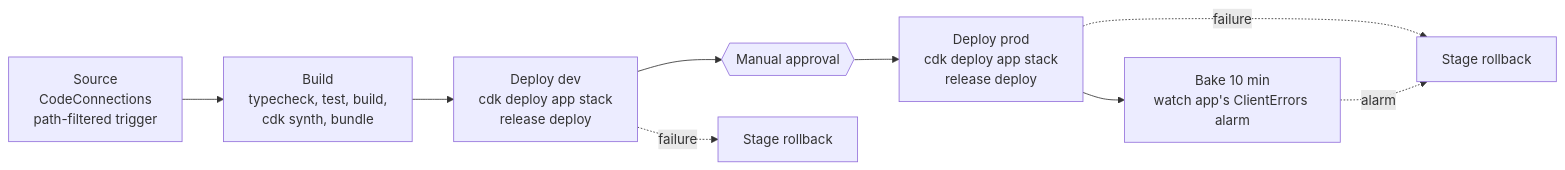
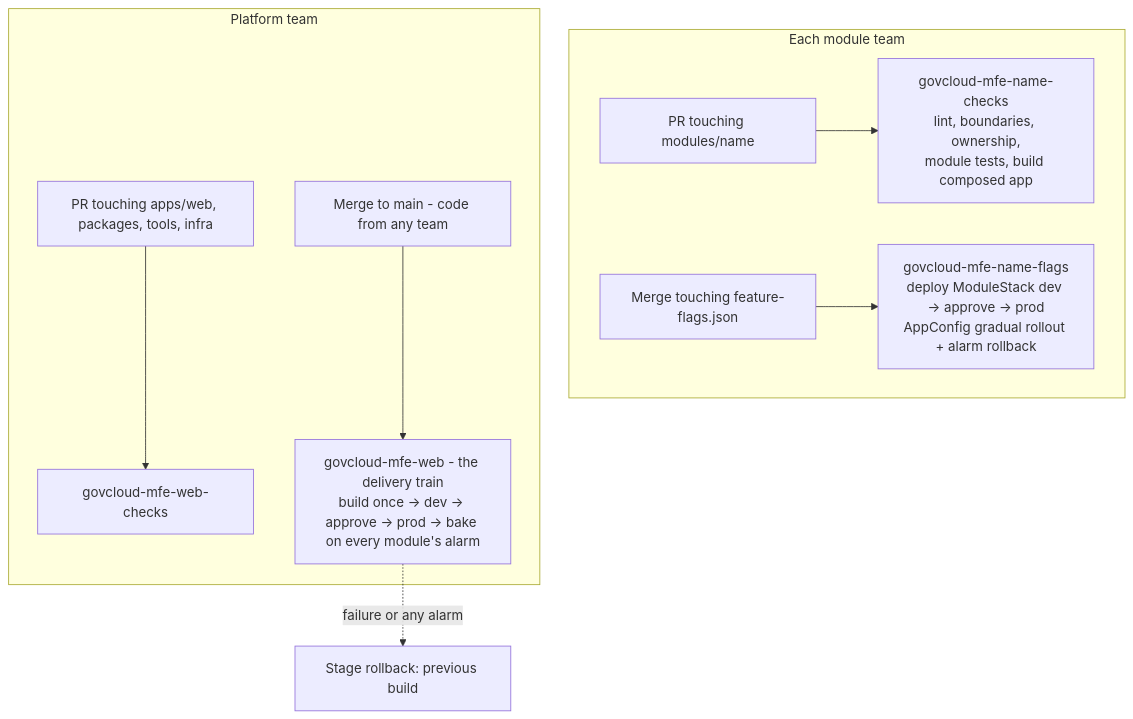
The second of 2 diagrams in docs/architecture.md (eric-minassian/govcloud-mfe), drawn with Mermaid before and after one commit. The commit also changed other lines of this file and 213 other files, not shown here.

````diff
--- a/docs/architecture.md
+++ b/docs/architecture.md
@@ -119,11 +142,12 @@
 ```mermaid
-flowchart LR
-  src[Source<br/>CodeConnections<br/>path-filtered trigger] --> build[Build<br/>typecheck, test, build,<br/>cdk synth, bundle]
-  build --> dev[Deploy dev<br/>cdk deploy app stack<br/>release deploy]
-  dev --> approve{{Manual approval}}
-  approve --> prod[Deploy prod<br/>cdk deploy app stack<br/>release deploy]
-  prod --> bake[Bake 10 min<br/>watch app's ClientErrors alarm]
-  dev -. failure .-> rbd[Stage rollback]
-  prod -. failure .-> rbp[Stage rollback]
-  bake -. alarm .-> rbp
+flowchart TB
+  subgraph team [Each module team]
+    pr[PR touching modules/name] --> checks[govcloud-mfe-name-checks<br/>lint, boundaries, ownership,<br/>module tests, build composed app]
+    flagsChange[Merge touching feature-flags.json] --> flagsPipe[govcloud-mfe-name-flags<br/>deploy ModuleStack dev → approve → prod<br/>AppConfig gradual rollout + alarm rollback]
+  end
+  subgraph platform [Platform team]
+    prp[PR touching apps/web, packages, tools, infra] --> pchecks[govcloud-mfe-web-checks]
+    merge[Merge to main - code from any team] --> train[govcloud-mfe-web - the delivery train<br/>build once → dev → approve → prod → bake on every module's alarm]
+  end
+  train -. failure or any alarm .-> rb[Stage rollback: previous build]
 ```
````
